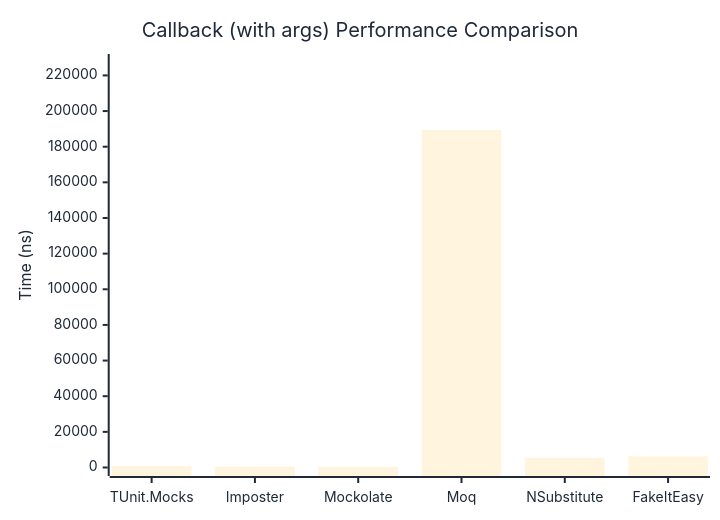
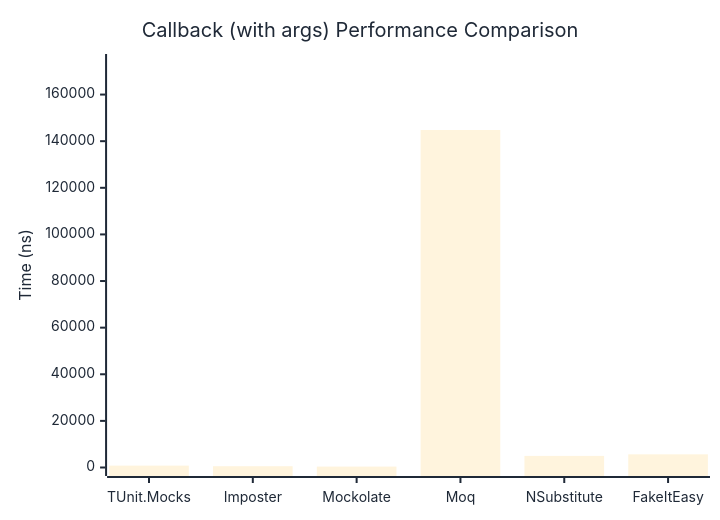
The second of 2 diagrams in docs/docs/benchmarks/mocks/Callback.md (thomhurst/TUnit), drawn with Mermaid before and after one commit. The commit also changed other lines of this file and 14 other files, not shown here.

````diff
--- a/docs/docs/benchmarks/mocks/Callback.md
+++ b/docs/docs/benchmarks/mocks/Callback.md
@@ -71,27 +71,27 @@
 ```mermaid
 %%{init: {
   'theme':'base',
   'themeVariables': {
     'primaryColor': '#2563eb',
     'primaryTextColor': '#1f2937',
     'primaryBorderColor': '#1e40af',
     'lineColor': '#6b7280',
     'secondaryColor': '#7c3aed',
     'tertiaryColor': '#dc2626',
     'background': '#ffffff',
     'pie1': '#2563eb',
     'pie2': '#7c3aed',
     'pie3': '#dc2626',
     'pie4': '#f59e0b',
     'pie5': '#10b981',
     'pie6': '#06b6d4',
     'pie7': '#ec4899',
     'pie8': '#6366f1'
   }
 }}%%
 xychart-beta
   title "Callback (with args) Performance Comparison"
   x-axis ["TUnit.Mocks", "Imposter", "Mockolate", "Moq", "NSubstitute", "FakeItEasy"]
-  y-axis "Time (ns)" 0 --> 227244
-  bar [771.3, 531.6, 408, 189369.4, 5414.4, 6254.9]
+  y-axis "Time (ns)" 0 --> 173758
+  bar [807.5, 545.7, 391.4, 144797.6, 4971.5, 5644.7]
 ```
````
